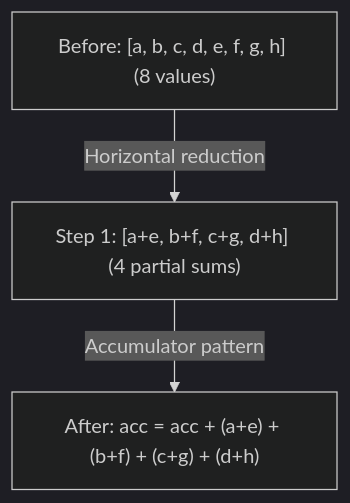
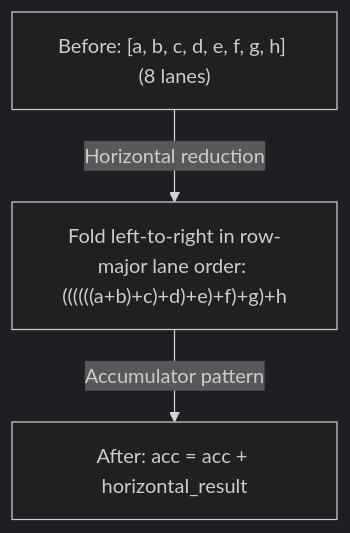
Before and after one commit to npatsakula/morok: the diagram in website/docs/architecture/codegen/devectorizer.md, drawn with Mermaid (dark theme). The commit also changed other lines of this file and 63 other files, not shown here.

First line of the commit message:
[*] docs: verify the architecture chapter against the IR and optimizer

````diff
--- a/website/docs/architecture/codegen/devectorizer.md
+++ b/website/docs/architecture/codegen/devectorizer.md
@@ -39,6 +45,6 @@
 ```mermaid
 flowchart TD
-  A["Before: [a, b, c, d, e, f, g, h] (8 values)"]
-  A -->|"Horizontal reduction"| B["Step 1: [a+e, b+f, c+g, d+h] (4 partial sums)"]
-  B -->|"Accumulator pattern"| C["After: acc = acc + (a+e) + (b+f) + (c+g) + (d+h)"]
+  A["Before: [a, b, c, d, e, f, g, h] (8 lanes)"]
+  A -->|"Horizontal reduction"| B["Fold left-to-right in row-major lane order: ((((((a+b)+c)+d)+e)+f)+g)+h"]
+  B -->|"Accumulator pattern"| C["After: acc = acc + horizontal_result"]
 ```
````
